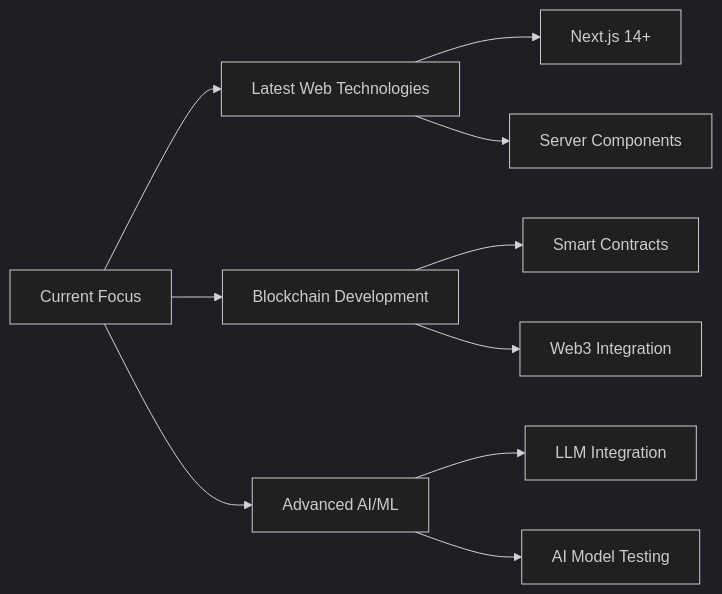
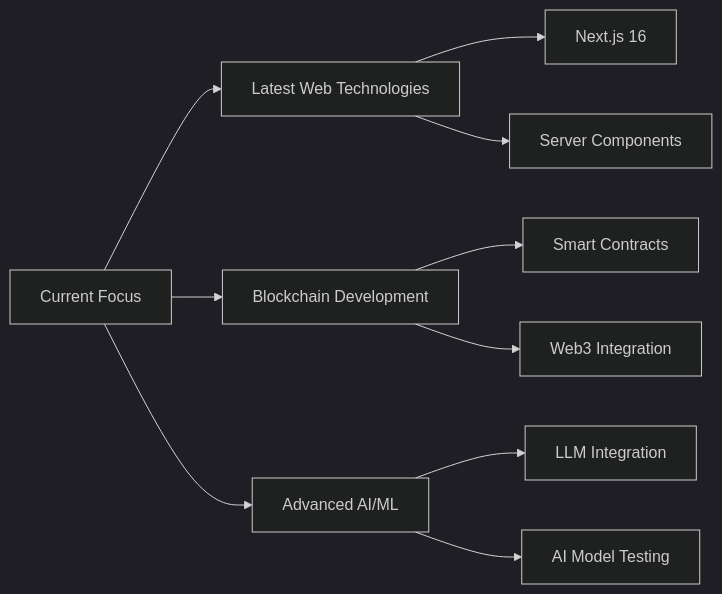
One commit to Dulina-Chandul/Dulina-Chandul changed the diagram in README.md. Above: the diagram before and after it, drawn with Mermaid (dark theme). The commit also changed other lines of this file, not shown here.

````diff
--- a/README.md
+++ b/README.md
@@ -163,12 +207,12 @@
 ```mermaid
 graph LR
     A[Current Focus] --> B[Latest Web Technologies]
     A --> C[Blockchain Development]
     A --> D[Advanced AI/ML]
-    B --> E[Next.js 14+]
+    B --> E[Next.js 16]
     B --> F[Server Components]
     C --> G[Smart Contracts]
     C --> H[Web3 Integration]
     D --> I[LLM Integration]
     D --> J[AI Model Testing]
 ```
````
